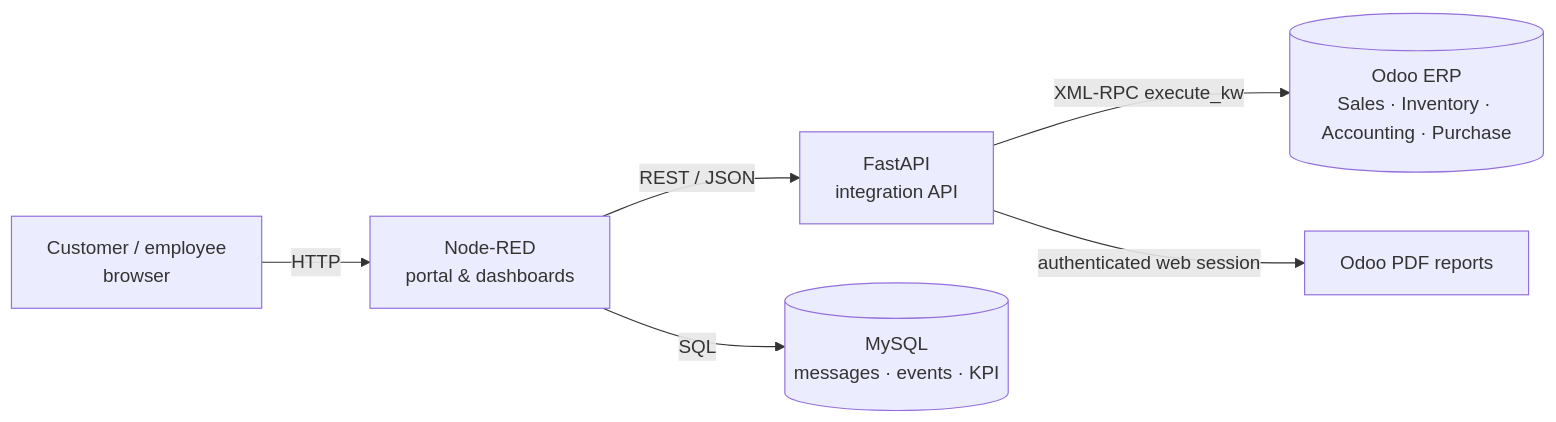
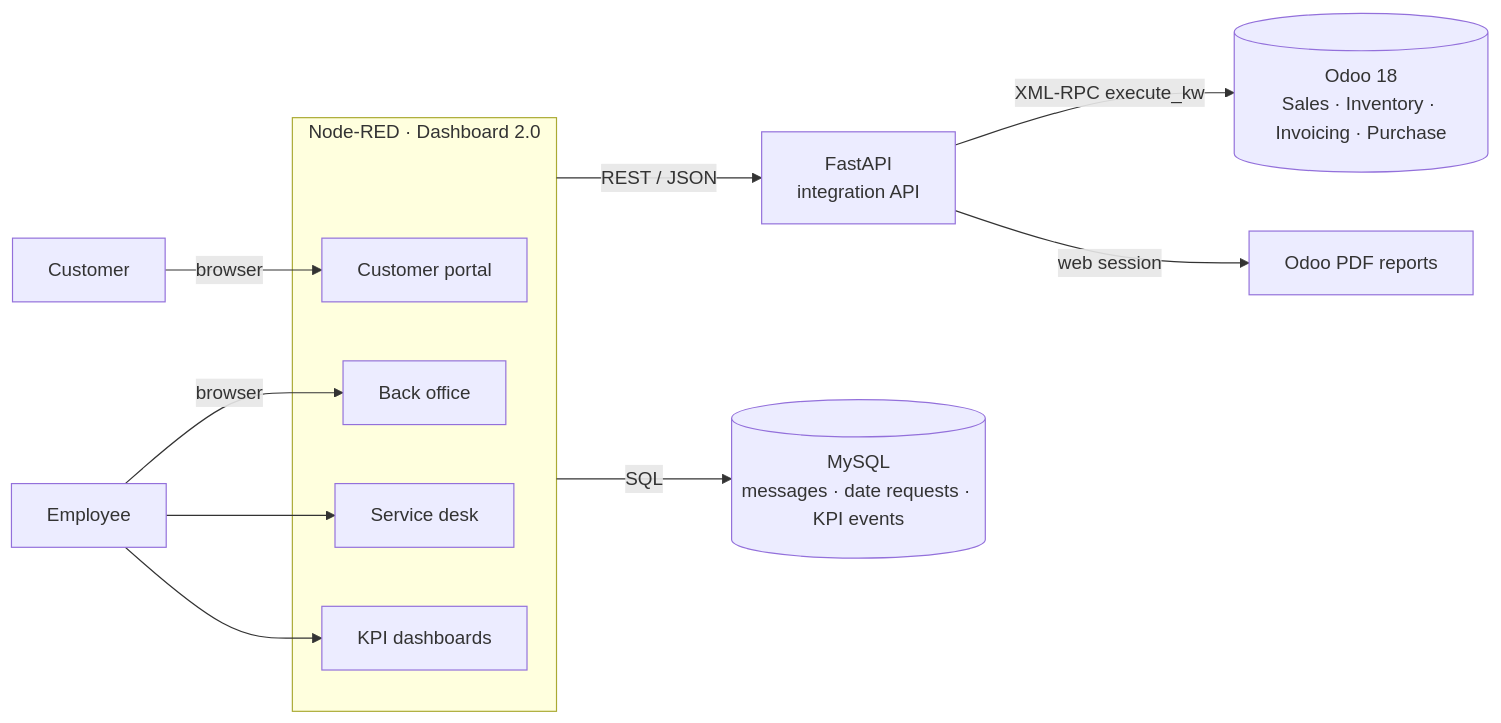
The diagram in README.md (embarky/odoo-sales-integration), drawn with Mermaid before and after one commit. The commit also changed other lines of this file and 15 other files, not shown here.

````diff
--- a/README.md
+++ b/README.md
@@ -37,8 +72,17 @@
 ```mermaid
 flowchart LR
-    C[Customer / employee<br/>browser] -->|HTTP| NR[Node-RED<br/>portal & dashboards]
+    CU[Customer] -->|browser| P
+    EM[Employee] -->|browser| B
+    subgraph NR[Node-RED · Dashboard 2.0]
+        P[Customer portal]
+        B[Back office]
+        D[Service desk]
+        K[KPI dashboards]
+    end
+    EM --> D
+    EM --> K
     NR -->|REST / JSON| API[FastAPI<br/>integration API]
-    API -->|XML-RPC execute_kw| ODOO[(Odoo ERP<br/>Sales · Inventory · Accounting · Purchase)]
-    API -->|authenticated web session| PDF[Odoo PDF reports]
-    NR -->|SQL| DB[(MySQL<br/>messages · events · KPI)]
+    API -->|XML-RPC execute_kw| ODOO[(Odoo 18<br/>Sales · Inventory · Invoicing · Purchase)]
+    API -->|web session| PDF[Odoo PDF reports]
+    NR -->|SQL| DB[(MySQL<br/>messages · date requests · KPI events)]
 ```
````
